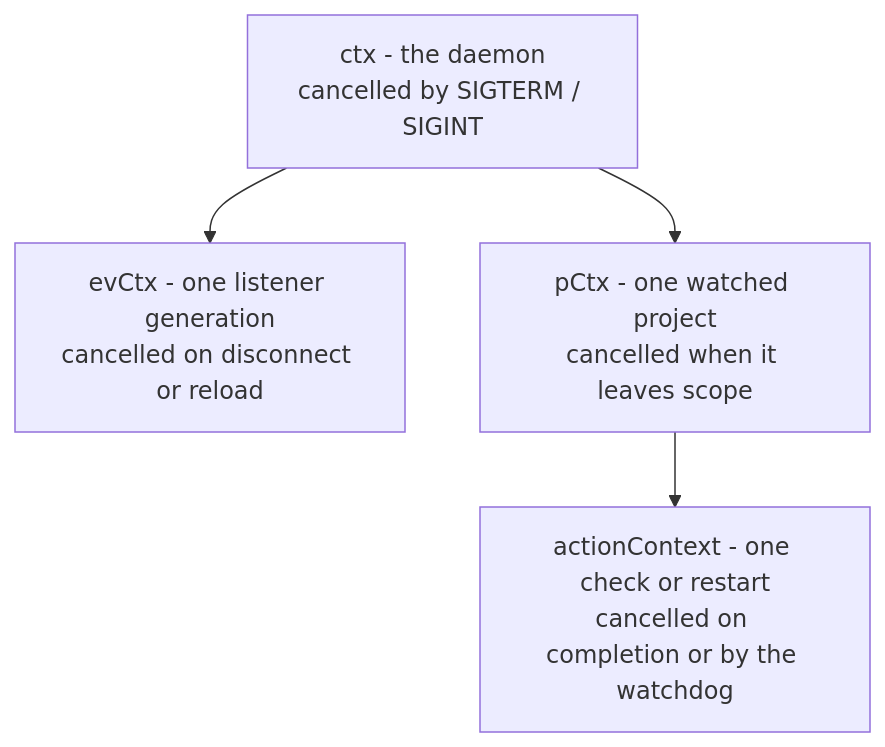
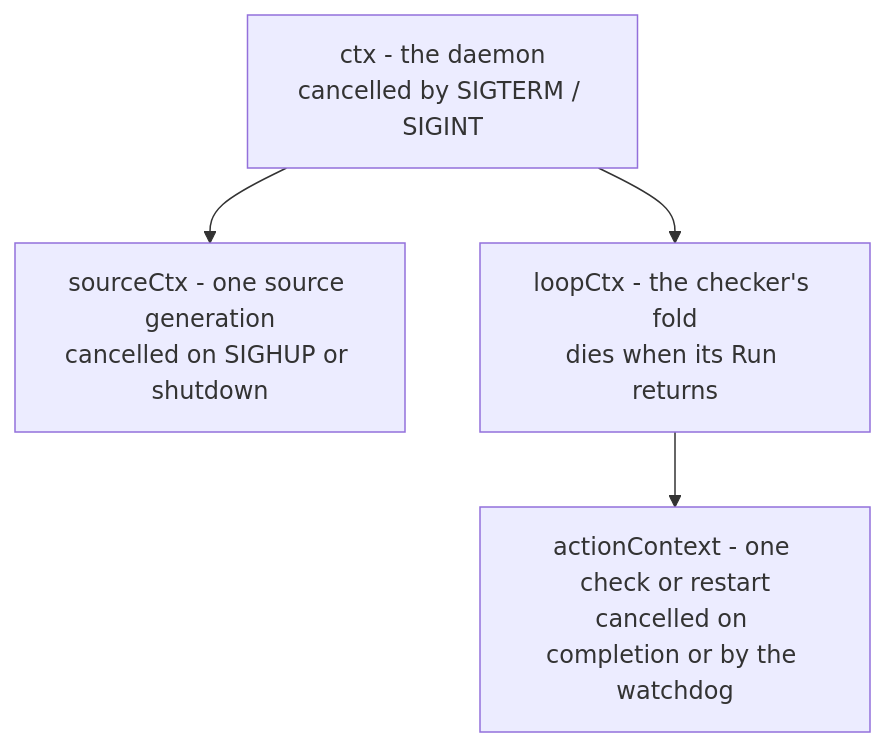
Before and after one commit to jochumdev/incus-compose-docs: the second of 7 diagrams in root/developer/healthd.md, drawn with Mermaid. The commit also changed other lines of this file and 2 other files, not shown here.

````diff
--- a/root/developer/healthd.md
+++ b/root/developer/healthd.md
@@ -67,11 +70,11 @@
 ```mermaid
 flowchart TD
     C1["ctx - the daemon<br/>cancelled by SIGTERM / SIGINT"]
-    C2["evCtx - one listener generation<br/>cancelled on disconnect or reload"]
-    C3["actionContext - one check or restart<br/>cancelled on completion or by the watchdog"]
-    C4["pCtx - one watched project<br/>cancelled when it leaves scope"]
+    C2["sourceCtx - one source generation<br/>cancelled on SIGHUP or shutdown"]
+    C3["loopCtx - the checker's fold<br/>dies when its Run returns"]
+    C4["actionContext - one check or restart<br/>cancelled on completion or by the watchdog"]
 
     C1 --> C2
-    C1 --> C4
-    C4 --> C3
+    C1 --> C3
+    C3 --> C4
 ```
````
